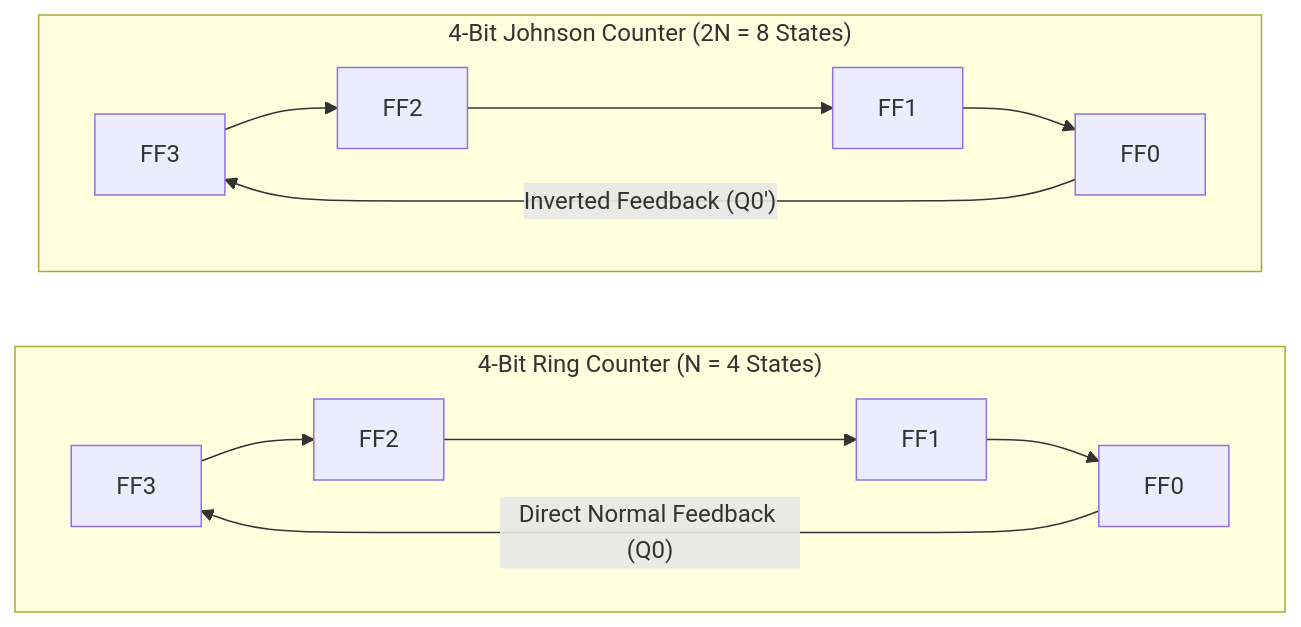
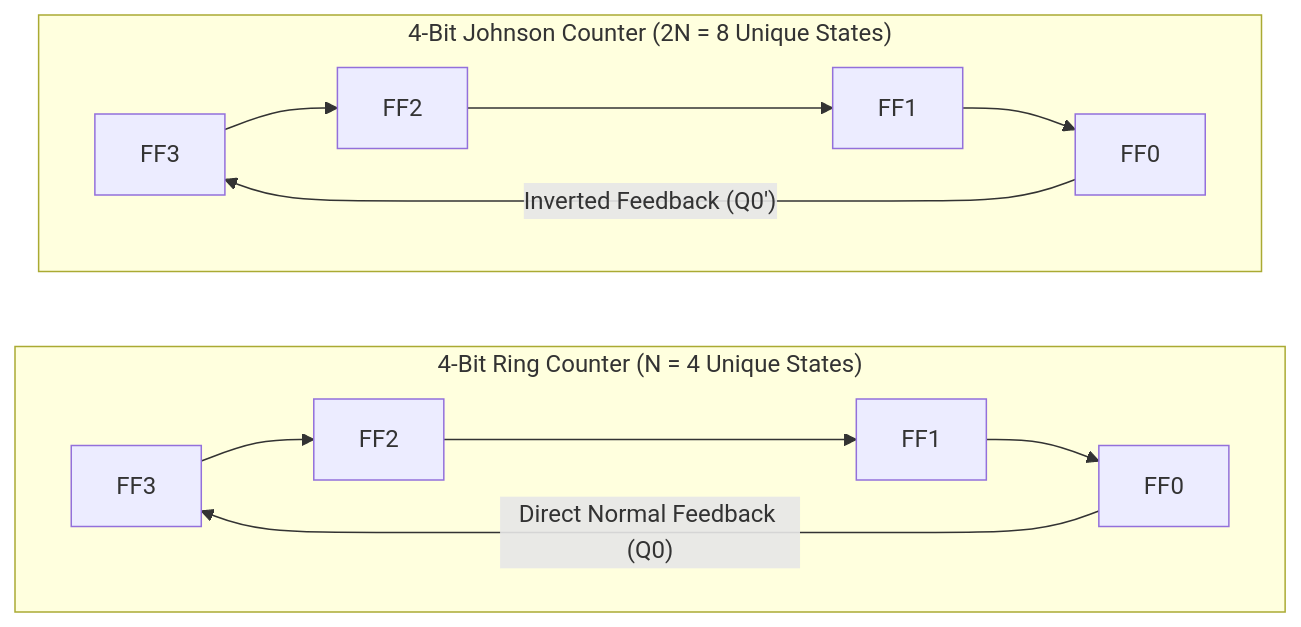
One commit to AnkitSinghGTHB/Fall2627 changed diagram 11 of 11 in DLD/notes/cat2/cat2-hots-module3-sequential-circuits.md. Above: the diagram before and after it, drawn with Mermaid. The commit also changed other lines of this file and 1 other file, not shown here.

Commit message:
feat(dld): add complete flip-flop schematics, conversions, ripple/synchronous counter circuits, and FSM architectures

````diff
--- a/DLD/notes/cat2/cat2-hots-module3-sequential-circuits.md
+++ b/DLD/notes/cat2/cat2-hots-module3-sequential-circuits.md
@@ -51,14 +275,14 @@
 ```mermaid
 graph LR
-    subgraph Ring ["4-Bit Ring Counter (N = 4 States)"]
+    subgraph Ring ["4-Bit Ring Counter (N = 4 Unique States)"]
     direction LR
     R3["FF3"] --> R2["FF2"] --> R1["FF1"] --> R0["FF0"]
     R0 -->|"Direct Normal Feedback (Q0)"| R3
     end
 
-    subgraph Johnson ["4-Bit Johnson Counter (2N = 8 States)"]
+    subgraph Johnson ["4-Bit Johnson Counter (2N = 8 Unique States)"]
     direction LR
     J3["FF3"] --> J2["FF2"] --> J1["FF1"] --> J0["FF0"]
     J0 -->|"Inverted Feedback (Q0')"| J3
     end
 ```
````
